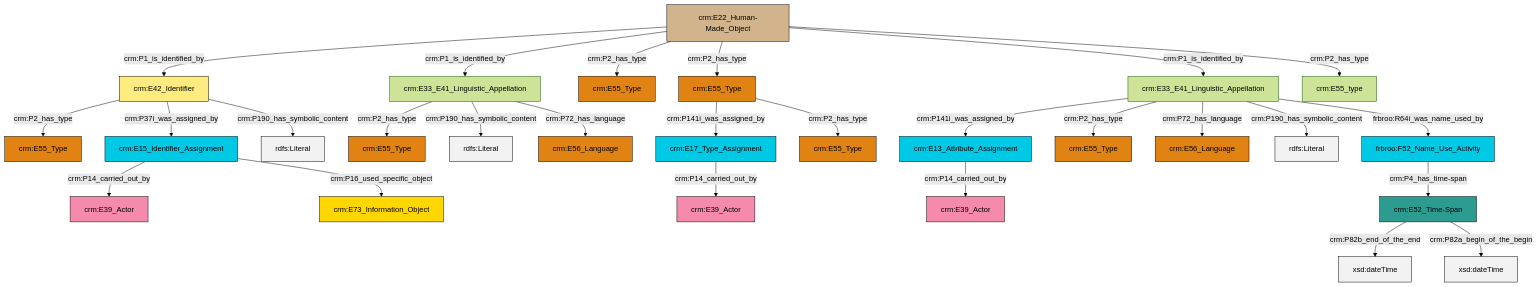
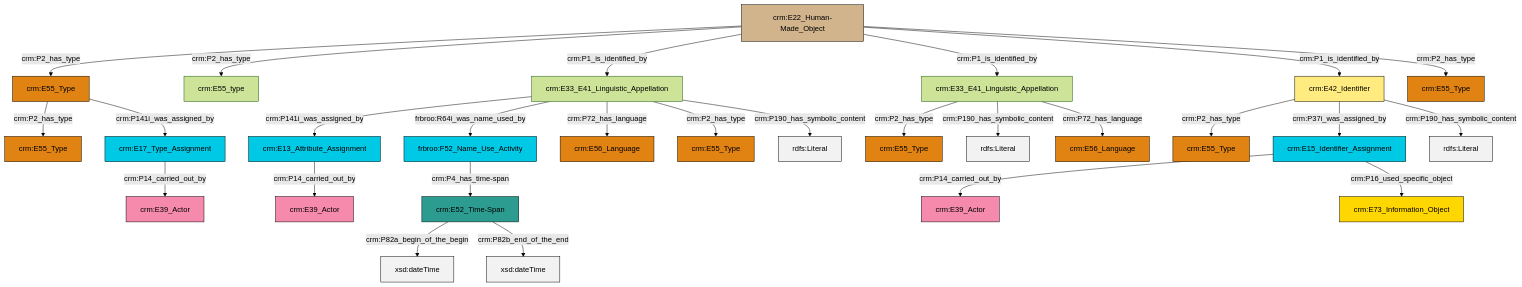
The diagram in et/builtWorkCSV/ttl/mmd/Built_Work_Names.ttl.mmd (swiss-art-research-net/docs.swissartresearch), drawn with Mermaid (forest theme) before and after one commit. The commit also changed 179 other files, not shown here.

```diff
--- a/et/builtWorkCSV/ttl/mmd/Built_Work_Names.ttl.mmd
+++ b/et/builtWorkCSV/ttl/mmd/Built_Work_Names.ttl.mmd
@@ -1,41 +1,41 @@
 graph TD
 classDef Literal fill:#f2f2f2,stroke:#000000;
 classDef CRM_Entity fill:#FFFFFF,stroke:#000000;
 classDef Temporal_Entity fill:#00C9E6, stroke:#000000;
 classDef Type fill:#E18312, stroke:#000000;
 classDef Time-Span fill:#2C9C91, stroke:#000000;
 classDef Appellation fill:#FFEB7F, stroke:#000000;
 classDef Place fill:#008836, stroke:#000000;
 classDef Persistent_Item fill:#B266B2, stroke:#000000;
 classDef Conceptual_Object fill:#FFD700, stroke:#000000;
 classDef Physical_Thing fill:#D2B48C, stroke:#000000;
 classDef Actor fill:#f58aad, stroke:#000000;
 classDef PC_Classes fill:#4ce600, stroke:#000000;
 classDef Multi fill:#cccccc,stroke:#000000;
 
-2["crm:E22_Human-Made_Object"]:::Physical_Thing -->|crm:P1_is_identified_by| 3["crm:E42_Identifier"]:::Appellation
-4["crm:E13_Attribute_Assignment"]:::Temporal_Entity -->|crm:P14_carried_out_by| 5["crm:E39_Actor"]:::Actor
-2["crm:E22_Human-Made_Object"]:::Physical_Thing -->|crm:P1_is_identified_by| 8["crm:E33_E41_Linguistic_Appellation"]:::Default
-3["crm:E42_Identifier"]:::Appellation -->|crm:P2_has_type| 12["crm:E55_Type"]:::Type
-3["crm:E42_Identifier"]:::Appellation -->|crm:P37i_was_assigned_by| 13["crm:E15_Identifier_Assignment"]:::Temporal_Entity
-20["crm:E33_E41_Linguistic_Appellation"]:::Default -->|crm:P141i_was_assigned_by| 4["crm:E13_Attribute_Assignment"]:::Temporal_Entity
-9["crm:E17_Type_Assignment"]:::Temporal_Entity -->|crm:P14_carried_out_by| 22["crm:E39_Actor"]:::Actor
-13["crm:E15_Identifier_Assignment"]:::Temporal_Entity -->|crm:P14_carried_out_by| 16["crm:E39_Actor"]:::Actor
-20["crm:E33_E41_Linguistic_Appellation"]:::Default -->|crm:P2_has_type| 24["crm:E55_Type"]:::Type
-8["crm:E33_E41_Linguistic_Appellation"]:::Default -->|crm:P2_has_type| 6["crm:E55_Type"]:::Type
-20["crm:E33_E41_Linguistic_Appellation"]:::Default -->|crm:P72_has_language| 28["crm:E56_Language"]:::Type
-8["crm:E33_E41_Linguistic_Appellation"]:::Default -->|crm:P190_has_symbolic_content| 31[rdfs:Literal]:::Literal
-3["crm:E42_Identifier"]:::Appellation -->|crm:P190_has_symbolic_content| 35[rdfs:Literal]:::Literal
-0["crm:E52_Time-Span"]:::Time-Span -->|crm:P82b_end_of_the_end| 40[xsd:dateTime]:::Literal
-2["crm:E22_Human-Made_Object"]:::Physical_Thing -->|crm:P2_has_type| 25["crm:E55_Type"]:::Type
-8["crm:E33_E41_Linguistic_Appellation"]:::Default -->|crm:P72_has_language| 36["crm:E56_Language"]:::Type
-20["crm:E33_E41_Linguistic_Appellation"]:::Default -->|crm:P190_has_symbolic_content| 46[rdfs:Literal]:::Literal
-41["frbroo:F52_Name_Use_Activity"]:::Temporal_Entity -->|crm:P4_has_time-span| 0["crm:E52_Time-Span"]:::Time-Span
-47["crm:E55_Type"]:::Type -->|crm:P141i_was_assigned_by| 9["crm:E17_Type_Assignment"]:::Temporal_Entity
-47["crm:E55_Type"]:::Type -->|crm:P2_has_type| 14["crm:E55_Type"]:::Type
-2["crm:E22_Human-Made_Object"]:::Physical_Thing -->|crm:P2_has_type| 47["crm:E55_Type"]:::Type
-20["crm:E33_E41_Linguistic_Appellation"]:::Default -->|frbroo:R64i_was_name_used_by| 41["frbroo:F52_Name_Use_Activity"]:::Temporal_Entity
-13["crm:E15_Identifier_Assignment"]:::Temporal_Entity -->|crm:P16_used_specific_object| 38["crm:E73_Information_Object"]:::Conceptual_Object
-0["crm:E52_Time-Span"]:::Time-Span -->|crm:P82a_begin_of_the_begin| 50[xsd:dateTime]:::Literal
-2["crm:E22_Human-Made_Object"]:::Physical_Thing -->|crm:P1_is_identified_by| 20["crm:E33_E41_Linguistic_Appellation"]:::Default
-2["crm:E22_Human-Made_Object"]:::Physical_Thing -->|crm:P2_has_type| 44["crm:E55_type"]:::Default
+2["crm:E15_Identifier_Assignment"]:::Temporal_Entity -->|crm:P14_carried_out_by| 3["crm:E39_Actor"]:::Actor
+6["crm:E33_E41_Linguistic_Appellation"]:::Default -->|crm:P2_has_type| 7["crm:E55_Type"]:::Type
+8["crm:E33_E41_Linguistic_Appellation"]:::Default -->|crm:P141i_was_assigned_by| 9["crm:E13_Attribute_Assignment"]:::Temporal_Entity
+14["crm:E42_Identifier"]:::Appellation -->|crm:P2_has_type| 15["crm:E55_Type"]:::Type
+14["crm:E42_Identifier"]:::Appellation -->|crm:P37i_was_assigned_by| 2["crm:E15_Identifier_Assignment"]:::Temporal_Entity
+16["crm:E55_Type"]:::Type -->|crm:P2_has_type| 17["crm:E55_Type"]:::Type
+6["crm:E33_E41_Linguistic_Appellation"]:::Default -->|crm:P190_has_symbolic_content| 19[rdfs:Literal]:::Literal
+4["frbroo:F52_Name_Use_Activity"]:::Temporal_Entity -->|crm:P4_has_time-span| 10["crm:E52_Time-Span"]:::Time-Span
+8["crm:E33_E41_Linguistic_Appellation"]:::Default -->|frbroo:R64i_was_name_used_by| 4["frbroo:F52_Name_Use_Activity"]:::Temporal_Entity
+21["crm:E17_Type_Assignment"]:::Temporal_Entity -->|crm:P14_carried_out_by| 22["crm:E39_Actor"]:::Actor
+8["crm:E33_E41_Linguistic_Appellation"]:::Default -->|crm:P72_has_language| 23["crm:E56_Language"]:::Type
+25["crm:E22_Human-Made_Object"]:::Physical_Thing -->|crm:P2_has_type| 16["crm:E55_Type"]:::Type
+25["crm:E22_Human-Made_Object"]:::Physical_Thing -->|crm:P2_has_type| 12["crm:E55_type"]:::Default
+6["crm:E33_E41_Linguistic_Appellation"]:::Default -->|crm:P72_has_language| 30["crm:E56_Language"]:::Type
+8["crm:E33_E41_Linguistic_Appellation"]:::Default -->|crm:P2_has_type| 31["crm:E55_Type"]:::Type
+25["crm:E22_Human-Made_Object"]:::Physical_Thing -->|crm:P1_is_identified_by| 8["crm:E33_E41_Linguistic_Appellation"]:::Default
+9["crm:E13_Attribute_Assignment"]:::Temporal_Entity -->|crm:P14_carried_out_by| 0["crm:E39_Actor"]:::Actor
+10["crm:E52_Time-Span"]:::Time-Span -->|crm:P82a_begin_of_the_begin| 33[xsd:dateTime]:::Literal
+8["crm:E33_E41_Linguistic_Appellation"]:::Default -->|crm:P190_has_symbolic_content| 34[rdfs:Literal]:::Literal
+25["crm:E22_Human-Made_Object"]:::Physical_Thing -->|crm:P1_is_identified_by| 6["crm:E33_E41_Linguistic_Appellation"]:::Default
+10["crm:E52_Time-Span"]:::Time-Span -->|crm:P82b_end_of_the_end| 37[xsd:dateTime]:::Literal
+14["crm:E42_Identifier"]:::Appellation -->|crm:P190_has_symbolic_content| 43[rdfs:Literal]:::Literal
+25["crm:E22_Human-Made_Object"]:::Physical_Thing -->|crm:P1_is_identified_by| 14["crm:E42_Identifier"]:::Appellation
+16["crm:E55_Type"]:::Type -->|crm:P141i_was_assigned_by| 21["crm:E17_Type_Assignment"]:::Temporal_Entity
+2["crm:E15_Identifier_Assignment"]:::Temporal_Entity -->|crm:P16_used_specific_object| 41["crm:E73_Information_Object"]:::Conceptual_Object
+25["crm:E22_Human-Made_Object"]:::Physical_Thing -->|crm:P2_has_type| 38["crm:E55_Type"]:::Type
```
